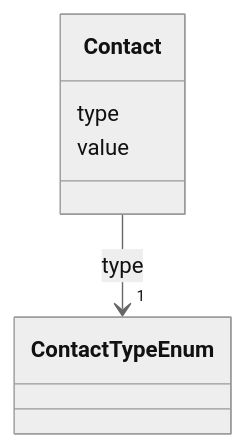
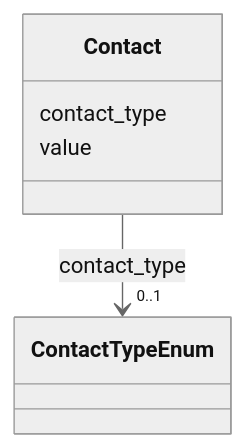
The diagram in ech-0294_actors/output/docs/Contact.md (swiss/political-affairs-ech-group), drawn with Mermaid (neutral theme) before and after one commit. The commit also changed other lines of this file and 176 other files, not shown here.

````diff
--- a/ech-0294_actors/output/docs/Contact.md
+++ b/ech-0294_actors/output/docs/Contact.md
@@ -13,19 +22,19 @@
 ```mermaid
  classDiagram
     class Contact
     click Contact href "../Contact/"
-      Contact : type
+      Contact : contact_type
         
           
     
         
         
-        Contact --> "1" ContactTypeEnum : type
+        Contact --> "0..1" ContactTypeEnum : contact_type
         click ContactTypeEnum href "../ContactTypeEnum/"
     
 
         
       Contact : value
         
       
 ```
````
